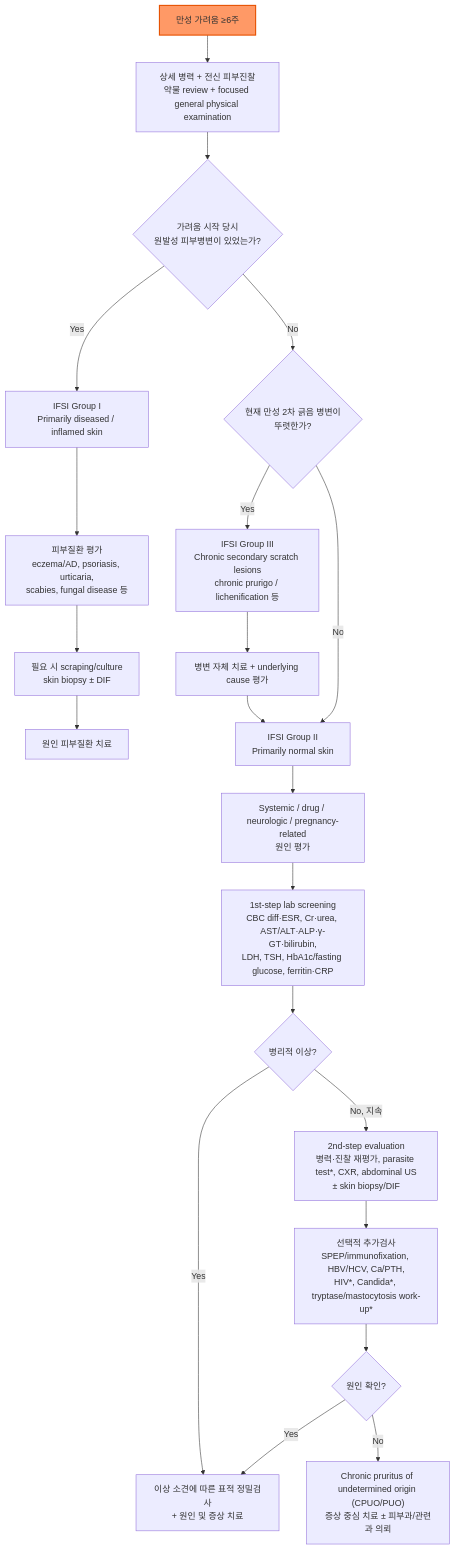
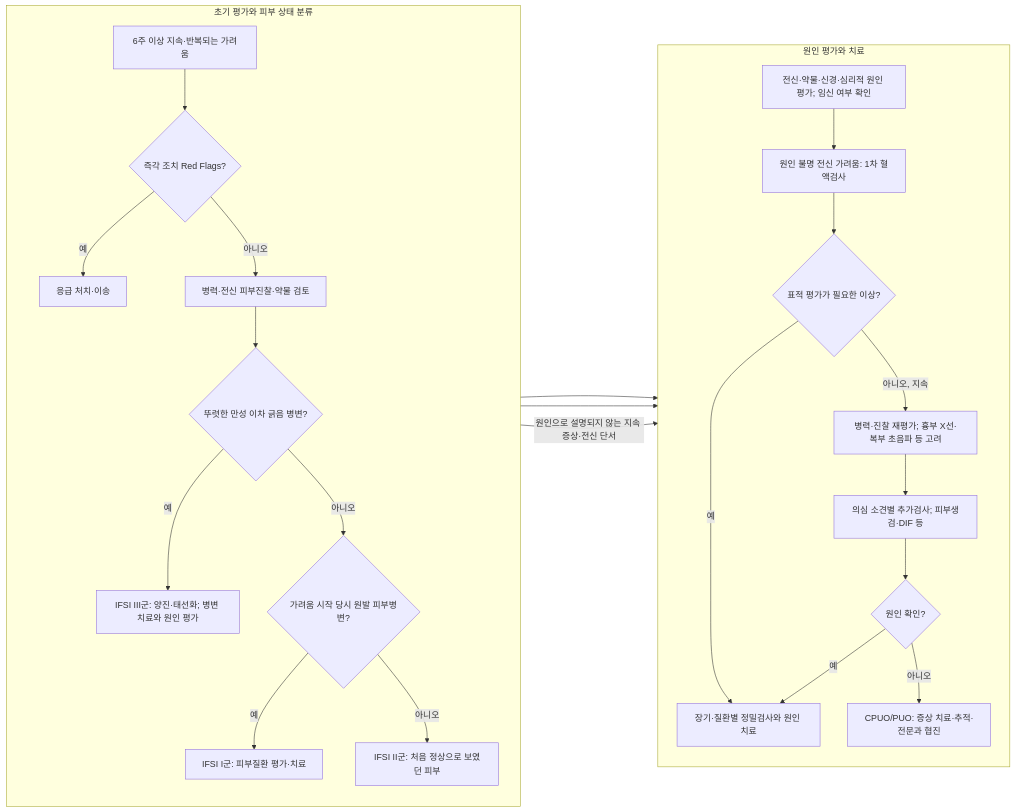
One commit to familyoh77/familyoh77 changed the diagram in 229_/157_-chronic-pruritus.md. Above: the diagram before and after it, drawn with Mermaid. The commit also changed other lines of this file, not shown here.

````diff
--- a/229_/157_-chronic-pruritus.md
+++ b/229_/157_-chronic-pruritus.md
@@ -119,29 +136,28 @@
 ```mermaid
-flowchart TD
-    A["만성 가려움 ≥6주"] --> B["상세 병력 + 전신 피부진찰<br/>약물 review + focused general physical examination"]
-    B --> C{"가려움 시작 당시<br/>원발성 피부병변이 있었는가?"}
-
-    C -->|Yes| D["IFSI Group I<br/>Primarily diseased / inflamed skin"]
-    D --> D1["피부질환 평가<br/>eczema/AD, psoriasis, urticaria,<br/>scabies, fungal disease 등"]
-    D1 --> D2["필요 시 scraping/culture<br/>skin biopsy ± DIF"]
-    D2 --> D3["원인 피부질환 치료"]
-
-    C -->|No| E{"현재 만성 2차 긁음 병변이<br/>뚜렷한가?"}
-    E -->|Yes| F["IFSI Group III<br/>Chronic secondary scratch lesions<br/>chronic prurigo / lichenification 등"]
-    F --> F1["병변 자체 치료 + underlying cause 평가"]
-    F1 --> G
-
-    E -->|No| G["IFSI Group II<br/>Primarily normal skin"]
-    G --> H["Systemic / drug / neurologic / pregnancy-related<br/>원인 평가"]
-    H --> I["1st-step lab screening<br/>CBC diff·ESR, Cr·urea, AST/ALT·ALP·γ-GT·bilirubin,<br/>LDH, TSH, HbA1c/fasting glucose, ferritin·CRP"]
-    I --> J{"병리적 이상?"}
-
-    J -->|Yes| K["이상 소견에 따른 표적 정밀검사<br/>+ 원인 및 증상 치료"]
-    J -->|No, 지속| L["2nd-step evaluation<br/>병력·진찰 재평가, parasite test*, CXR, abdominal US<br/>± skin biopsy/DIF"]
-    L --> M["선택적 추가검사<br/>SPEP/immunofixation, HBV/HCV, Ca/PTH,<br/>HIV*, Candida*, tryptase/mastocytosis work-up*"]
-    M --> N{"원인 확인?"}
-    N -->|Yes| K
-    N -->|No| O["Chronic pruritus of undetermined origin (CPUO/PUO)<br/>증상 중심 치료 ± 피부과/관련과 의뢰"]
-
-    style A fill:#f96,stroke:#e65100,stroke-width:2px
+flowchart LR
+    subgraph S1["초기 평가와 피부 상태 분류"]
+        direction TB
+        A["6주 이상 지속·반복되는 가려움"] --> R{"즉각 조치 Red Flags?"}
+        R -->|예| ER["응급 처치·이송"]
+        R -->|아니오| B["병력·전신 피부진찰·약물 검토"]
+        B --> C{"뚜렷한 만성 이차 긁음 병변?"}
+        C -->|예| III["IFSI III군: 양진·태선화; 병변 치료와 원인 평가"]
+        C -->|아니오| P{"가려움 시작 당시 원발 피부병변?"}
+        P -->|예| I["IFSI I군: 피부질환 평가·치료"]
+        P -->|아니오| II["IFSI II군: 처음 정상으로 보였던 피부"]
+    end
+    subgraph S2["원인 평가와 치료"]
+        direction TB
+        G["전신·약물·신경·심리적 원인 평가; 임신 여부 확인"] --> H["원인 불명 전신 가려움: 1차 혈액검사"]
+        H --> J{"표적 평가가 필요한 이상?"}
+        J -->|예| K["장기·질환별 정밀검사와 원인 치료"]
+        J -->|아니오, 지속| L["병력·진찰 재평가; 흉부 X선·복부 초음파 등 고려"]
+        L --> M["의심 소견별 추가검사; 피부생검·DIF 등"]
+        M --> N{"원인 확인?"}
+        N -->|예| K
+        N -->|아니오| O["CPUO/PUO: 증상 치료·추적·전문과 협진"]
+    end
+    III --> G
+    II --> G
+    I -->|원인으로 설명되지 않는 지속 증상·전신 단서| G
 ```
````
